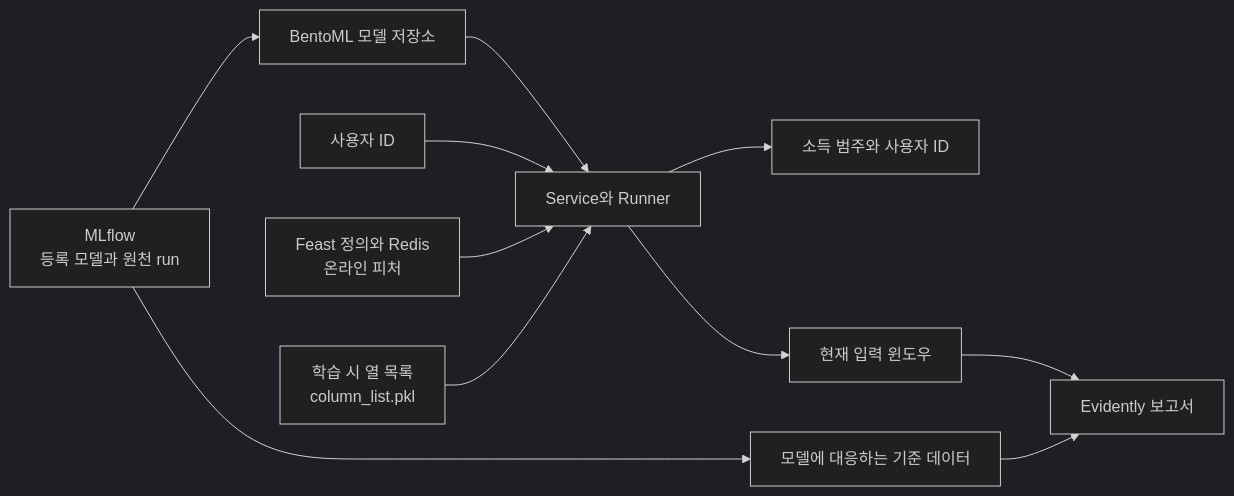
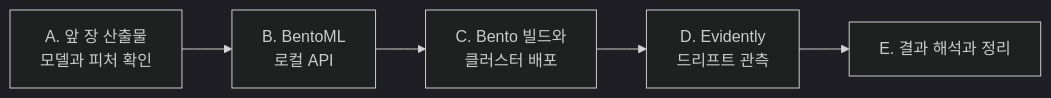
One commit to johklo/johklo.github.io changed the fifth of 7 diagrams in content/docs/tech/machine-learning-platform-engineering/06-productionizing-models.md. Above: the diagram before and after it, drawn with Mermaid (dark theme). The commit also changed other lines of this file and 19 other files, not shown here.

First line of the commit message:
Show chapter 6 practice with real BentoML, Yatai and Evidently runs

````diff
--- a/content/docs/tech/machine-learning-platform-engineering/06-productionizing-models.md
+++ b/content/docs/tech/machine-learning-platform-engineering/06-productionizing-models.md
@@ -345,15 +473,9 @@
 ```mermaid
 flowchart LR
-    accTitle: 앞 장의 모델과 피처를 API와 드리프트 관측에 연결
-    accDescr: MLflow의 등록 모델을 BentoML 모델 저장소로 가져온다. API는 Redis의 온라인 피처를 조회하고 인코딩해 예측한다. 현재 피처와 모델의 기준 데이터는 별도로 Evidently에서 비교한다.
-    ML["MLflow<br/>등록 모델과 원천 run"] --> BM["BentoML 모델 저장소"]
-    BM --> API["Service와 Runner"]
-    U["사용자 ID"] --> API
-    FS["Feast 정의와 Redis<br/>온라인 피처"] --> API
-    COL["학습 시 열 목록<br/>column_list.pkl"] --> API
-    API --> OUT["소득 범주와 사용자 ID"]
-    API --> CUR["현재 입력 윈도우"]
-    ML --> REF["모델에 대응하는 기준 데이터"]
-    CUR --> EV["Evidently 보고서"]
-    REF --> EV
+    accTitle: 책 6장을 따라가는 실습 순서
+    accDescr: 앞 장의 모델과 피처를 확인한 뒤 MLflow 모델을 BentoML로 가져와 로컬 API를 실행한다. Bento를 빌드해 컨테이너와 클러스터에 배포하고, Evidently로 배치 파이프라인과 API 입력의 드리프트를 확인한 뒤 결과를 해석하고 정리한다.
+    A["A. 앞 장 산출물<br/>모델과 피처 확인"] --> B["B. BentoML<br/>로컬 API"]
+    B --> C["C. Bento 빌드와<br/>클러스터 배포"]
+    C --> D["D. Evidently<br/>드리프트 관측"]
+    D --> E["E. 결과 해석과 정리"]
 ```
````
